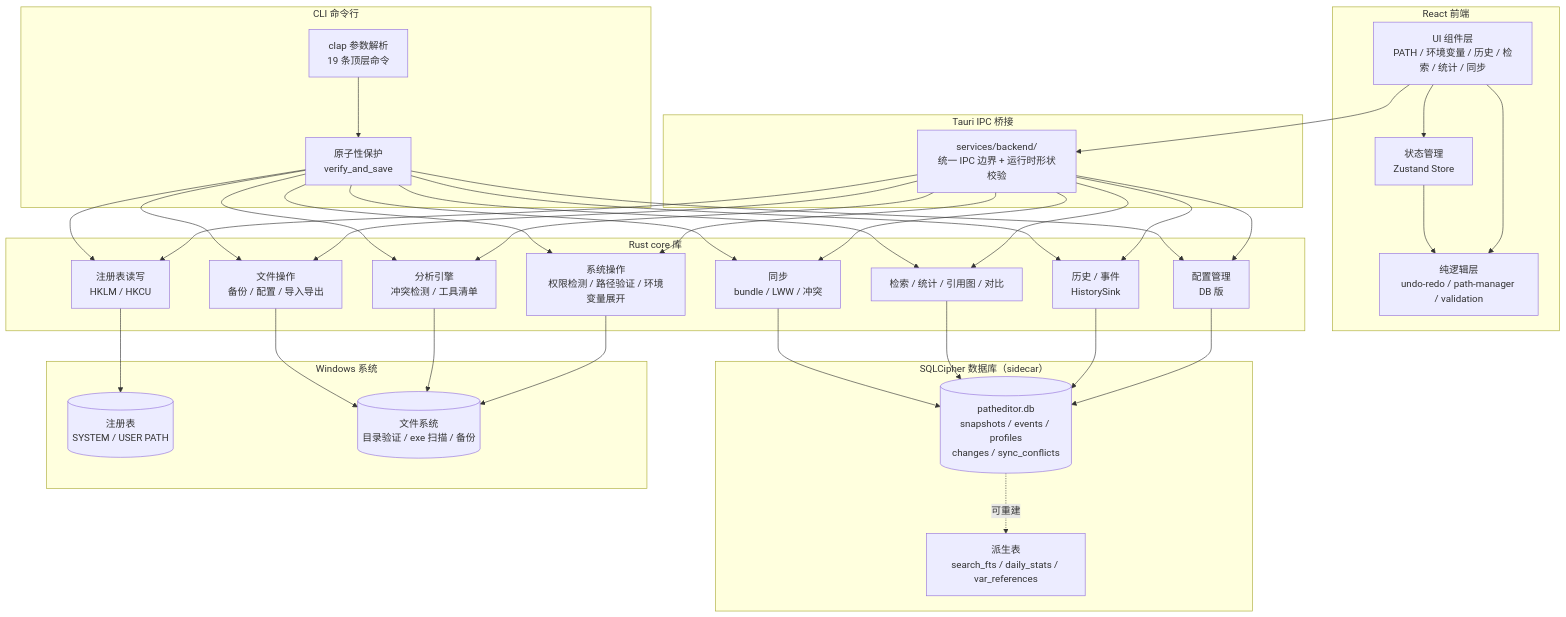
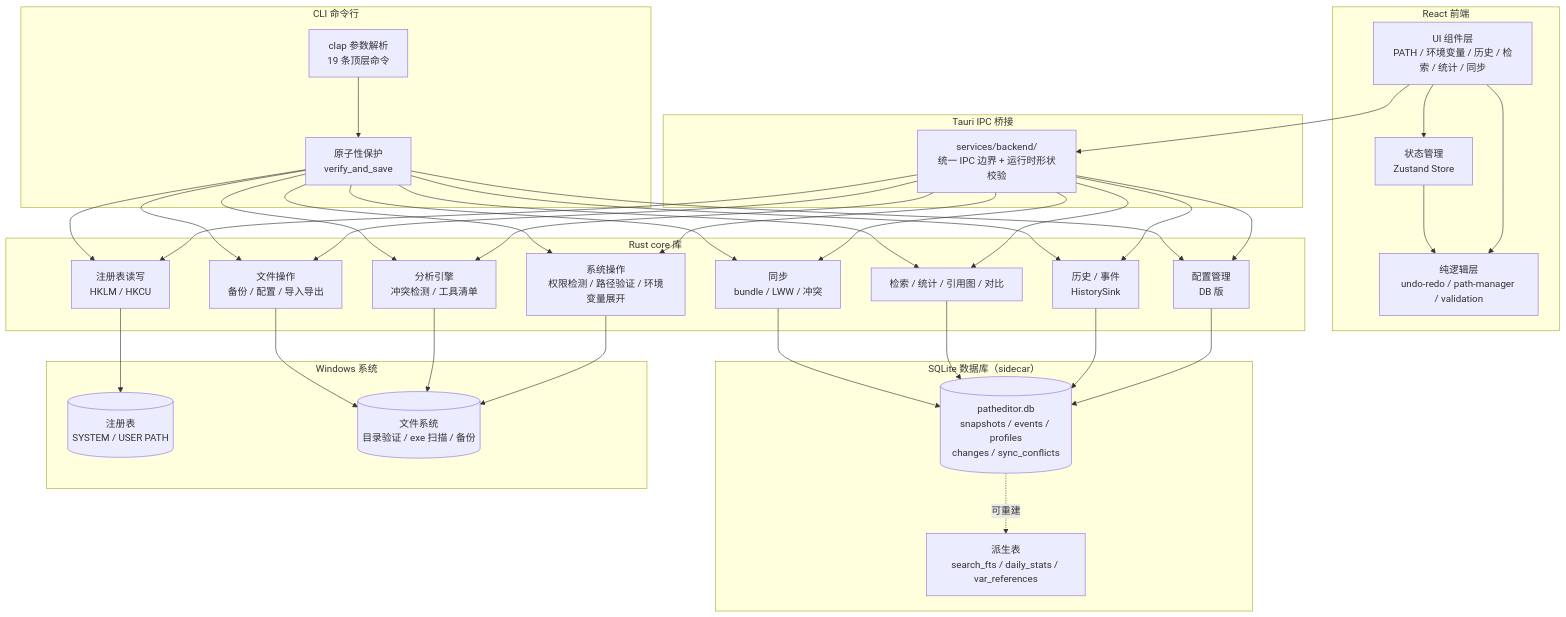
One commit to LHY0125/PathEditor changed the first of 4 diagrams in README.md. Above: the diagram before and after it, drawn with Mermaid. The commit also changed other lines of this file and 88 other files, not shown here.

````diff
--- a/README.md
+++ b/README.md
@@ -118,69 +118,69 @@
 ```mermaid
 graph TB
     subgraph 前端["React 前端"]
         UI[UI 组件层<br/>PATH / 环境变量 / 历史 / 检索 / 统计 / 同步]
         Store[状态管理<br/>Zustand Store]
         Core[纯逻辑层<br/>undo-redo / path-manager / validation]
         UI --> Store
         UI --> Core
         Store --> Core
     end
 
     subgraph CLI["CLI 命令行"]
         Clap[clap 参数解析<br/>19 条顶层命令]
         Atomic[原子性保护<br/>verify_and_save]
     end
 
     subgraph IPC["Tauri IPC 桥接"]
         invoke[services/backend/<br/>统一 IPC 边界 + 运行时形状校验]
     end
 
     subgraph 后端["Rust core 库"]
         Registry[注册表读写<br/>HKLM / HKCU]
         System[系统操作<br/>权限检测 / 路径验证 / 环境变量展开]
         Files[文件操作<br/>备份 / 配置 / 导入导出]
         Scanner[分析引擎<br/>冲突检测 / 工具清单]
         Profiles[配置管理<br/>DB 版]
         History[历史 / 事件<br/>HistorySink]
         Analytics[检索 / 统计 / 引用图 / 对比]
         Sync[同步<br/>bundle / LWW / 冲突]
     end
 
-    subgraph DB["SQLCipher 数据库（sidecar）"]
+    subgraph DB["SQLite 数据库（sidecar）"]
         Main[("patheditor.db<br/>snapshots / events / profiles<br/>changes / sync_conflicts")]
         Derived["派生表<br/>search_fts / daily_stats / var_references"]
     end
 
     subgraph Windows["Windows 系统"]
         Reg[(注册表<br/>SYSTEM / USER PATH)]
         FS[(文件系统<br/>目录验证 / exe 扫描 / 备份)]
     end
 
     UI --> invoke
     invoke --> Registry
     invoke --> System
     invoke --> Files
     invoke --> Scanner
     invoke --> Profiles
     invoke --> History
     invoke --> Analytics
     invoke --> Sync
     Clap --> Atomic
     Atomic --> Registry
     Atomic --> System
     Atomic --> Files
     Atomic --> Scanner
     Atomic --> Profiles
     Atomic --> History
     Atomic --> Analytics
     Atomic --> Sync
     Registry --> Reg
     System --> FS
     Scanner --> FS
     Files --> FS
     Profiles --> Main
     History --> Main
     Analytics --> Main
     Sync --> Main
     Main -.可重建.-> Derived
 ```
````
